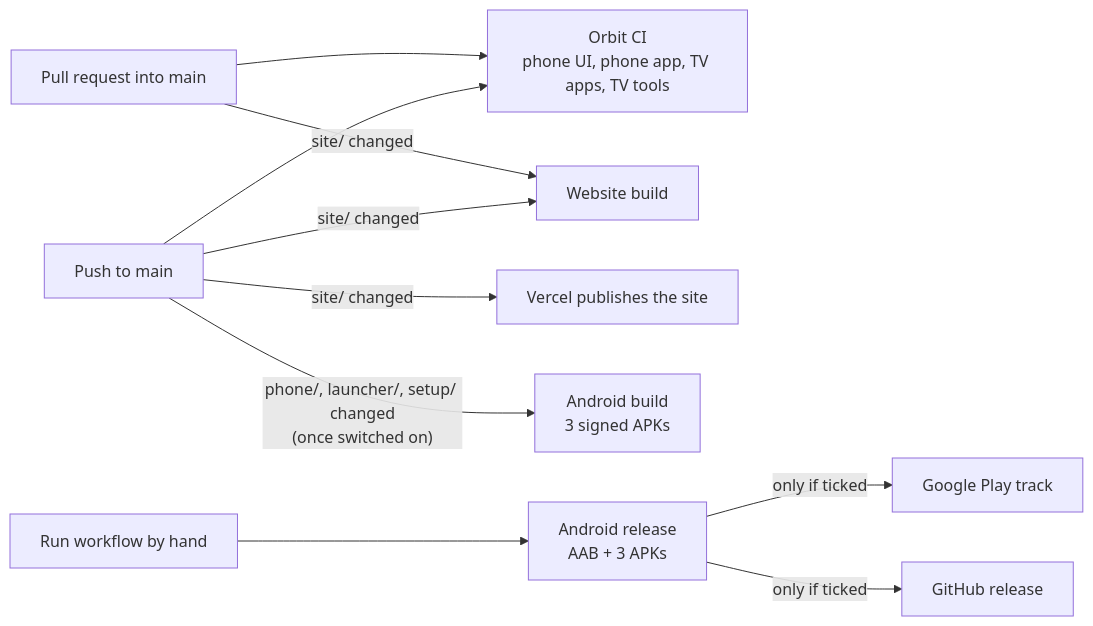
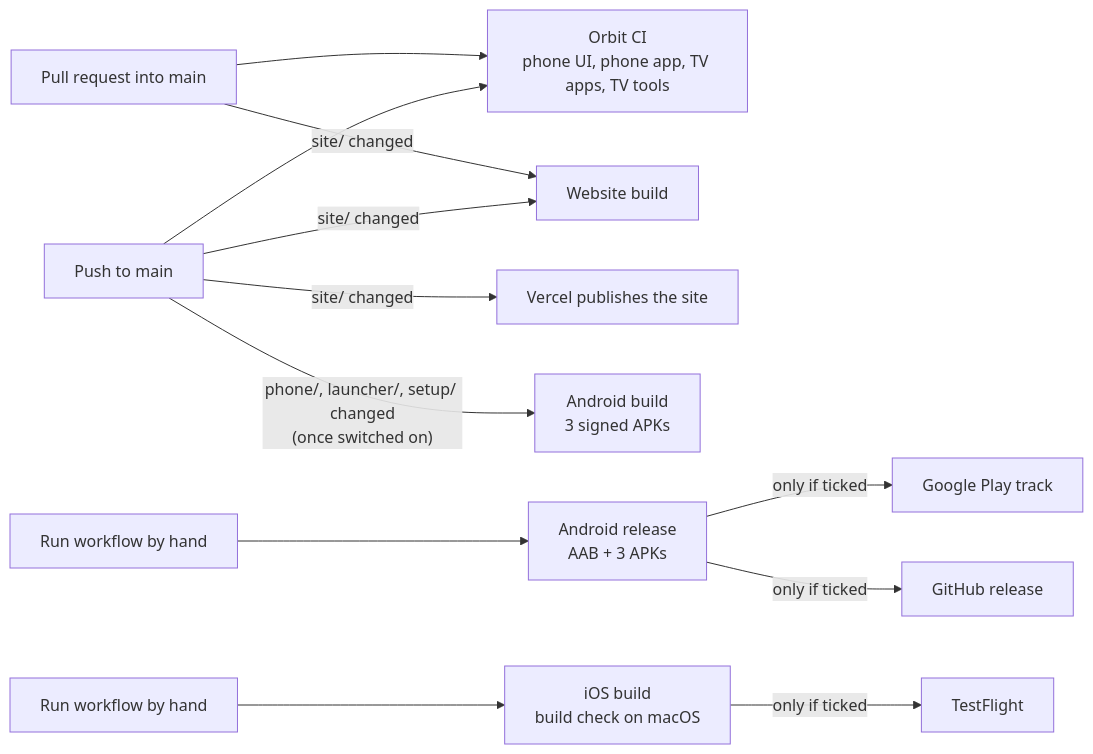
The diagram in docs/ci-cd.md (shivamj56/orbit-os), drawn with Mermaid before and after one commit. The commit also changed other lines of this file and 8 other files, not shown here.

First line of the commit message:
iPhone builds: the Mac's release script, a hand-started macOS workflow, and docs/ios.md

````diff
--- a/docs/ci-cd.md
+++ b/docs/ci-cd.md
@@ -7,12 +7,14 @@
 ```mermaid
 flowchart LR
   PR["Pull request into main"] --> CI["Orbit CI<br/>phone UI, phone app, TV apps, TV tools"]
   PUSH["Push to main"] --> CI
   PR -- "site/ changed" --> WEB["Website build"]
   PUSH -- "site/ changed" --> WEB
   PUSH -- "site/ changed" --> VERCEL["Vercel publishes the site"]
   PUSH -- "phone/, launcher/, setup/ changed<br/>(once switched on)" --> BUILD["Android build<br/>3 signed APKs"]
   HAND["Run workflow by hand"] --> REL["Android release<br/>AAB + 3 APKs"]
   REL -- "only if ticked" --> PLAY["Google Play track"]
   REL -- "only if ticked" --> GHR["GitHub release"]
+  HAND2["Run workflow by hand"] --> IOS["iOS build<br/>build check on macOS"]
+  IOS -- "only if ticked" --> TF["TestFlight"]
 ```
````
